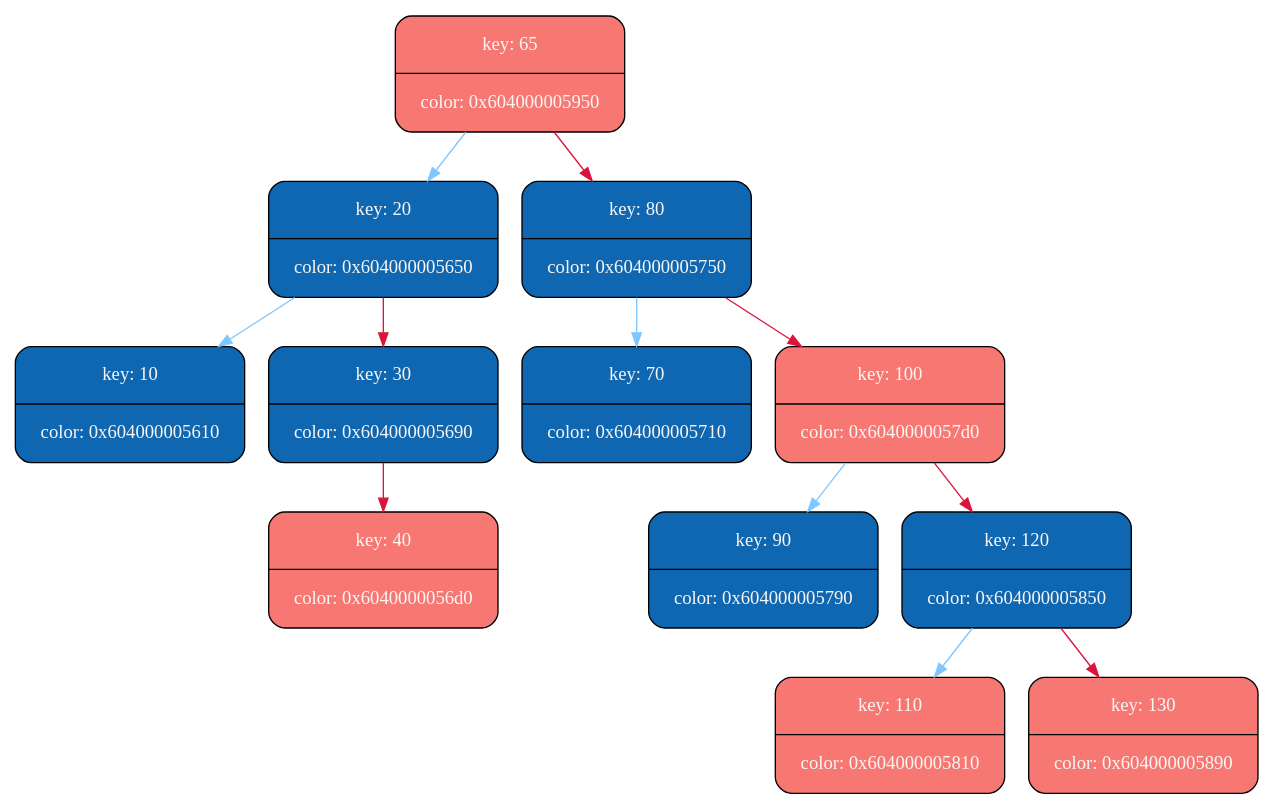
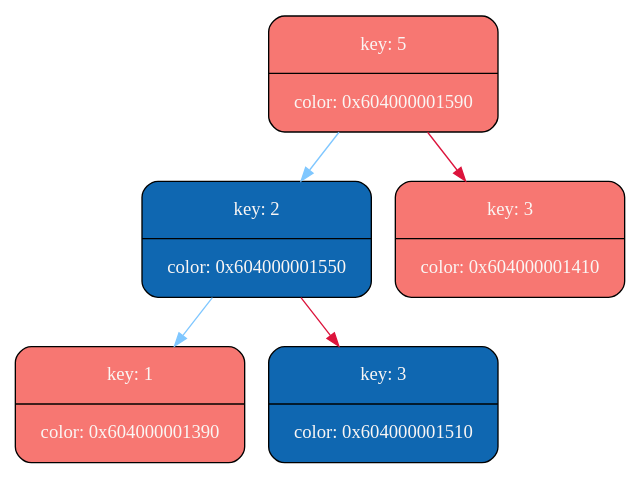
The diagram in rb_tree/graph_lib/tree_dump.dot (MaxGroshev/graph_algorithm), drawn with Graphviz before and after one commit. The commit also changed 7 other files, not shown here.

```diff
--- a/rb_tree/graph_lib/tree_dump.dot
+++ b/rb_tree/graph_lib/tree_dump.dot
@@ -1,29 +1,15 @@
 digraph   
 {
 rankdir = ""
 splines = "true"
 
-node0x604000005950 [shape      = "Mrecord", width = 1.1, height = 1.21,  fillcolor   = "#F77772", style = "filled", fontcolor= " #FAF6F4", fontname = "Calibri", color = "1", label = "{key: 65| color: 0x604000005950}"]
-node0x604000005950 -> node0x604000005650 [color = "#7FC7FF", style = "", constraint = true, fillcolor = "#7FC7FF",   fontcolor = "", fontname = "Calibri", label = ""];
-node0x604000005650 [shape      = "Mrecord", width = 1.1, height = 1.21,  fillcolor   = "#0F67B1", style = "filled", fontcolor= " #FAF6F4", fontname = "Calibri", color = "0", label = "{key: 20| color: 0x604000005650}"]
-node0x604000005650 -> node0x604000005610 [color = "#7FC7FF", style = "", constraint = true, fillcolor = "#7FC7FF",   fontcolor = "", fontname = "Calibri", label = ""];
-node0x604000005610 [shape      = "Mrecord", width = 1.1, height = 1.21,  fillcolor   = "#0F67B1", style = "filled", fontcolor= " #FAF6F4", fontname = "Calibri", color = "0", label = "{key: 10| color: 0x604000005610}"]
-node0x604000005650 -> node0x604000005690 [color = "#DC143C", style = "", constraint = true, fillcolor = "#DC143C",   fontcolor = "", fontname = "Calibri", label = ""];
-node0x604000005690 [shape      = "Mrecord", width = 1.1, height = 1.21,  fillcolor   = "#0F67B1", style = "filled", fontcolor= " #FAF6F4", fontname = "Calibri", color = "0", label = "{key: 30| color: 0x604000005690}"]
-node0x604000005690 -> node0x6040000056d0 [color = "#DC143C", style = "", constraint = true, fillcolor = "#DC143C",   fontcolor = "", fontname = "Calibri", label = ""];
-node0x6040000056d0 [shape      = "Mrecord", width = 1.1, height = 1.21,  fillcolor   = "#F77772", style = "filled", fontcolor= " #FAF6F4", fontname = "Calibri", color = "1", label = "{key: 40| color: 0x6040000056d0}"]
-node0x604000005950 -> node0x604000005750 [color = "#DC143C", style = "", constraint = true, fillcolor = "#DC143C",   fontcolor = "", fontname = "Calibri", label = ""];
-node0x604000005750 [shape      = "Mrecord", width = 1.1, height = 1.21,  fillcolor   = "#0F67B1", style = "filled", fontcolor= " #FAF6F4", fontname = "Calibri", color = "0", label = "{key: 80| color: 0x604000005750}"]
-node0x604000005750 -> node0x604000005710 [color = "#7FC7FF", style = "", constraint = true, fillcolor = "#7FC7FF",   fontcolor = "", fontname = "Calibri", label = ""];
-node0x604000005710 [shape      = "Mrecord", width = 1.1, height = 1.21,  fillcolor   = "#0F67B1", style = "filled", fontcolor= " #FAF6F4", fontname = "Calibri", color = "0", label = "{key: 70| color: 0x604000005710}"]
-node0x604000005750 -> node0x6040000057d0 [color = "#DC143C", style = "", constraint = true, fillcolor = "#DC143C",   fontcolor = "", fontname = "Calibri", label = ""];
-node0x6040000057d0 [shape      = "Mrecord", width = 1.1, height = 1.21,  fillcolor   = "#F77772", style = "filled", fontcolor= " #FAF6F4", fontname = "Calibri", color = "1", label = "{key: 100| color: 0x6040000057d0}"]
-node0x6040000057d0 -> node0x604000005790 [color = "#7FC7FF", style = "", constraint = true, fillcolor = "#7FC7FF",   fontcolor = "", fontname = "Calibri", label = ""];
-node0x604000005790 [shape      = "Mrecord", width = 1.1, height = 1.21,  fillcolor   = "#0F67B1", style = "filled", fontcolor= " #FAF6F4", fontname = "Calibri", color = "0", label = "{key: 90| color: 0x604000005790}"]
-node0x6040000057d0 -> node0x604000005850 [color = "#DC143C", style = "", constraint = true, fillcolor = "#DC143C",   fontcolor = "", fontname = "Calibri", label = ""];
-node0x604000005850 [shape      = "Mrecord", width = 1.1, height = 1.21,  fillcolor   = "#0F67B1", style = "filled", fontcolor= " #FAF6F4", fontname = "Calibri", color = "0", label = "{key: 120| color: 0x604000005850}"]
-node0x604000005850 -> node0x604000005810 [color = "#7FC7FF", style = "", constraint = true, fillcolor = "#7FC7FF",   fontcolor = "", fontname = "Calibri", label = ""];
-node0x604000005810 [shape      = "Mrecord", width = 1.1, height = 1.21,  fillcolor   = "#F77772", style = "filled", fontcolor= " #FAF6F4", fontname = "Calibri", color = "1", label = "{key: 110| color: 0x604000005810}"]
-node0x604000005850 -> node0x604000005890 [color = "#DC143C", style = "", constraint = true, fillcolor = "#DC143C",   fontcolor = "", fontname = "Calibri", label = ""];
-node0x604000005890 [shape      = "Mrecord", width = 1.1, height = 1.21,  fillcolor   = "#F77772", style = "filled", fontcolor= " #FAF6F4", fontname = "Calibri", color = "1", label = "{key: 130| color: 0x604000005890}"]
+node0x604000001590 [shape      = "Mrecord", width = 1.1, height = 1.21,  fillcolor   = "#F77772", style = "filled", fontcolor= " #FAF6F4", fontname = "Calibri", color = "1", label = "{key: 5| color: 0x604000001590}"]
+node0x604000001590 -> node0x604000001550 [color = "#7FC7FF", style = "", constraint = true, fillcolor = "#7FC7FF",   fontcolor = "", fontname = "Calibri", label = ""];
+node0x604000001550 [shape      = "Mrecord", width = 1.1, height = 1.21,  fillcolor   = "#0F67B1", style = "filled", fontcolor= " #FAF6F4", fontname = "Calibri", color = "0", label = "{key: 2| color: 0x604000001550}"]
+node0x604000001550 -> node0x604000001390 [color = "#7FC7FF", style = "", constraint = true, fillcolor = "#7FC7FF",   fontcolor = "", fontname = "Calibri", label = ""];
+node0x604000001390 [shape      = "Mrecord", width = 1.1, height = 1.21,  fillcolor   = "#F77772", style = "filled", fontcolor= " #FAF6F4", fontname = "Calibri", color = "1", label = "{key: 1| color: 0x604000001390}"]
+node0x604000001550 -> node0x604000001510 [color = "#DC143C", style = "", constraint = true, fillcolor = "#DC143C",   fontcolor = "", fontname = "Calibri", label = ""];
+node0x604000001510 [shape      = "Mrecord", width = 1.1, height = 1.21,  fillcolor   = "#0F67B1", style = "filled", fontcolor= " #FAF6F4", fontname = "Calibri", color = "0", label = "{key: 3| color: 0x604000001510}"]
+node0x604000001590 -> node0x604000001410 [color = "#DC143C", style = "", constraint = true, fillcolor = "#DC143C",   fontcolor = "", fontname = "Calibri", label = ""];
+node0x604000001410 [shape      = "Mrecord", width = 1.1, height = 1.21,  fillcolor   = "#F77772", style = "filled", fontcolor= " #FAF6F4", fontname = "Calibri", color = "1", label = "{key: 3| color: 0x604000001410}"]
 }
```
